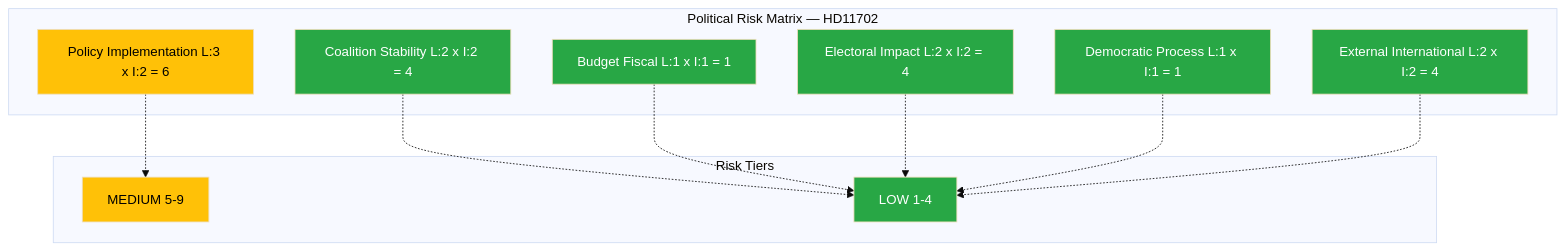
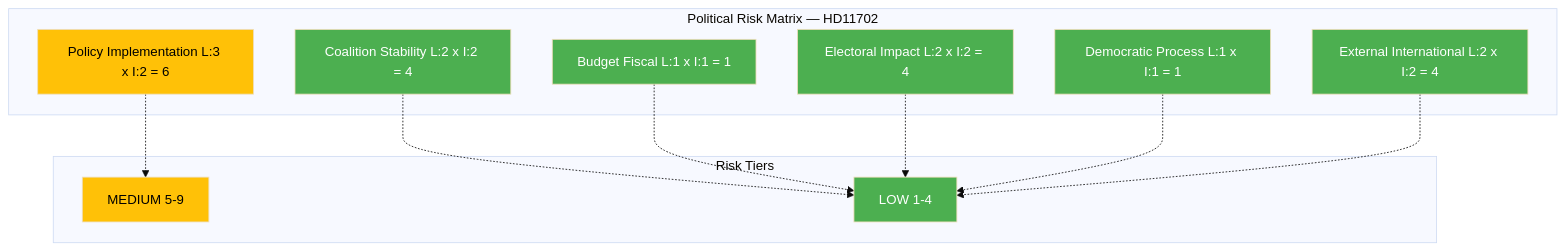
One commit to Hack23/riksdagsmonitor changed the second of 2 diagrams in analysis/daily/2026-04-10/realtime-1424/documents/hd11702-analysis.md. Above: the diagram before and after it, drawn with Mermaid (base theme). The commit also changed other lines of this file and 785 other files, not shown here.

First line of the commit message:
Normalize mermaid colors across 786 analysis artifacts to ISMS Style Guide palette

````diff
--- a/analysis/daily/2026-04-10/realtime-1424/documents/hd11702-analysis.md
+++ b/analysis/daily/2026-04-10/realtime-1424/documents/hd11702-analysis.md
@@ -75,29 +75,29 @@
 ```mermaid
 graph TD
     subgraph "Political Risk Matrix — HD11702"
         R1["Coalition Stability L:2 x I:2 = 4"]
         R2["Policy Implementation L:3 x I:2 = 6"]
         R3["Budget Fiscal L:1 x I:1 = 1"]
         R4["Electoral Impact L:2 x I:2 = 4"]
         R5["Democratic Process L:1 x I:1 = 1"]
         R6["External International L:2 x I:2 = 4"]
     end
     subgraph "Risk Tiers"
         TM["MEDIUM 5-9"]
         TL["LOW 1-4"]
     end
     R1 -.-> TL
     R2 -.-> TM
     R3 -.-> TL
     R4 -.-> TL
     R5 -.-> TL
     R6 -.-> TL
-    style R1 fill:#28a745,color:#fff
-    style R2 fill:#ffc107,color:#000
-    style R3 fill:#28a745,color:#fff
-    style R4 fill:#28a745,color:#fff
-    style R5 fill:#28a745,color:#fff
-    style R6 fill:#28a745,color:#fff
-    style TM fill:#ffc107,color:#000
-    style TL fill:#28a745,color:#fff
+    style R1 fill:#4CAF50,color:#FFFFFF
+    style R2 fill:#FFC107,color:#000000
+    style R3 fill:#4CAF50,color:#FFFFFF
+    style R4 fill:#4CAF50,color:#FFFFFF
+    style R5 fill:#4CAF50,color:#FFFFFF
+    style R6 fill:#4CAF50,color:#FFFFFF
+    style TM fill:#FFC107,color:#000000
+    style TL fill:#4CAF50,color:#FFFFFF
 ```
````
